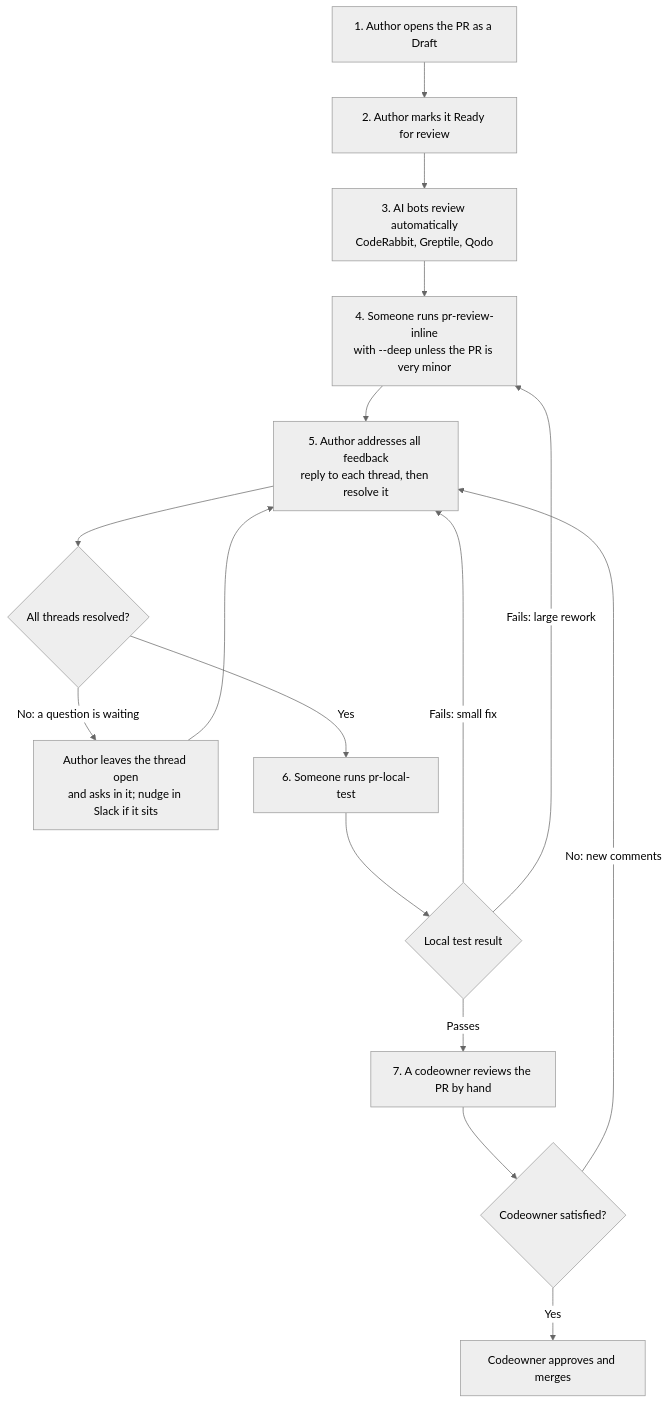
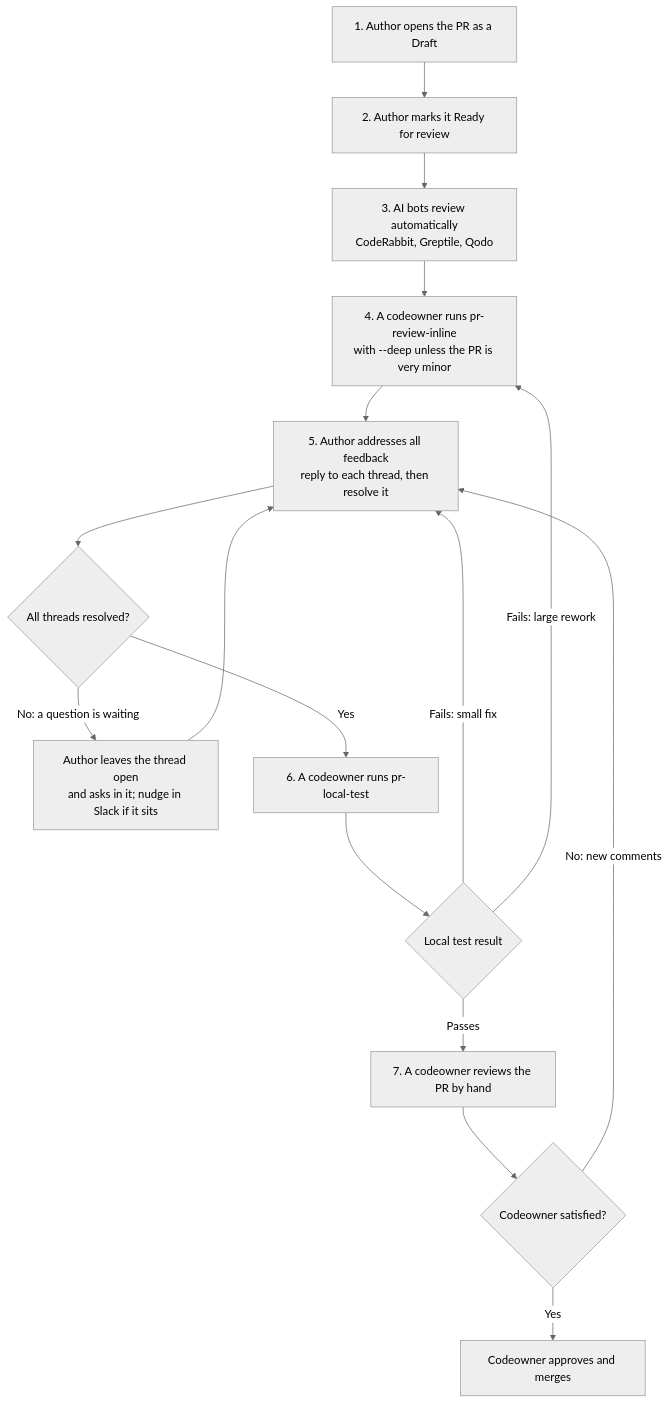
One commit to F3-Nation/f3-nation changed the diagram in docs/PR_REVIEW_PROCESS.md. Above: the diagram before and after it, drawn with Mermaid (neutral theme). The commit also changed other lines of this file, not shown here.

Commit message:
docs(repo): limit review skills to codeowners and show how to run them

````diff
--- a/docs/PR_REVIEW_PROCESS.md
+++ b/docs/PR_REVIEW_PROCESS.md
@@ -9,18 +9,18 @@
 ```mermaid
 flowchart TD
     A["1. Author opens the PR as a Draft"] --> B["2. Author marks it Ready for review"]
     B --> C["3. AI bots review automatically<br/>CodeRabbit, Greptile, Qodo"]
-    C --> D["4. Someone runs pr-review-inline<br/>with --deep unless the PR is very minor"]
+    C --> D["4. A codeowner runs pr-review-inline<br/>with --deep unless the PR is very minor"]
     D --> E["5. Author addresses all feedback<br/>reply to each thread, then resolve it"]
     E --> F{"All threads resolved?"}
     F -- "No: a question is waiting" --> Q["Author leaves the thread open<br/>and asks in it; nudge in Slack if it sits"]
     Q --> E
-    F -- Yes --> G["6. Someone runs pr-local-test"]
+    F -- Yes --> G["6. A codeowner runs pr-local-test"]
     G --> H{"Local test result"}
     H -- "Fails: small fix" --> E
     H -- "Fails: large rework" --> D
     H -- Passes --> I["7. A codeowner reviews the PR by hand"]
     I --> J{"Codeowner satisfied?"}
     J -- "No: new comments" --> E
     J -- Yes --> K["Codeowner approves and merges"]
 ```
````
